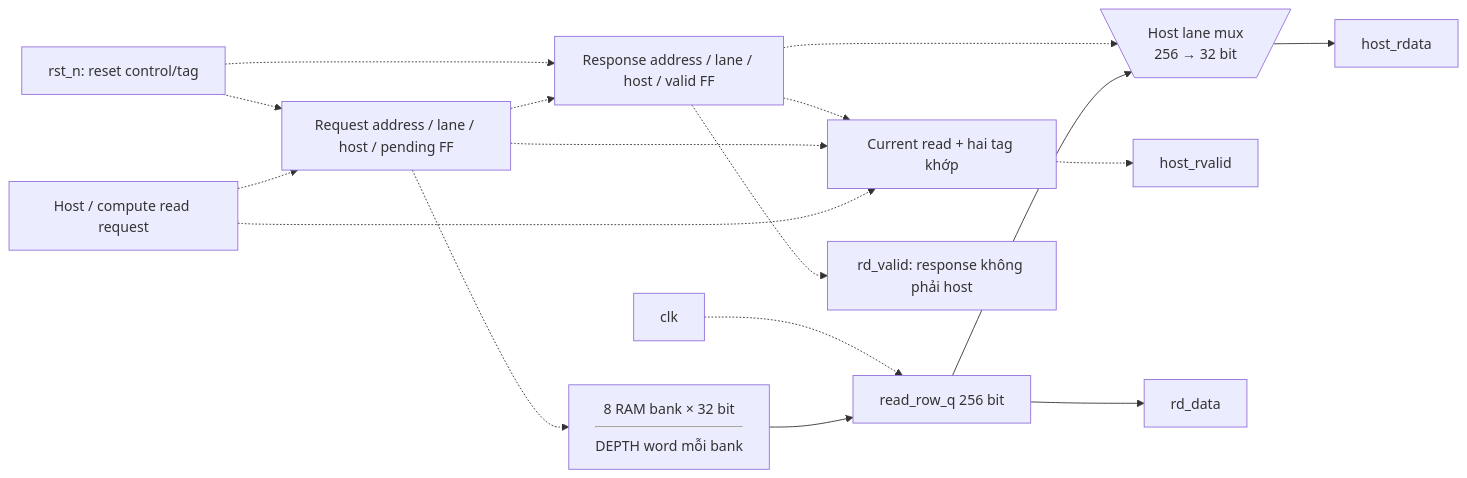
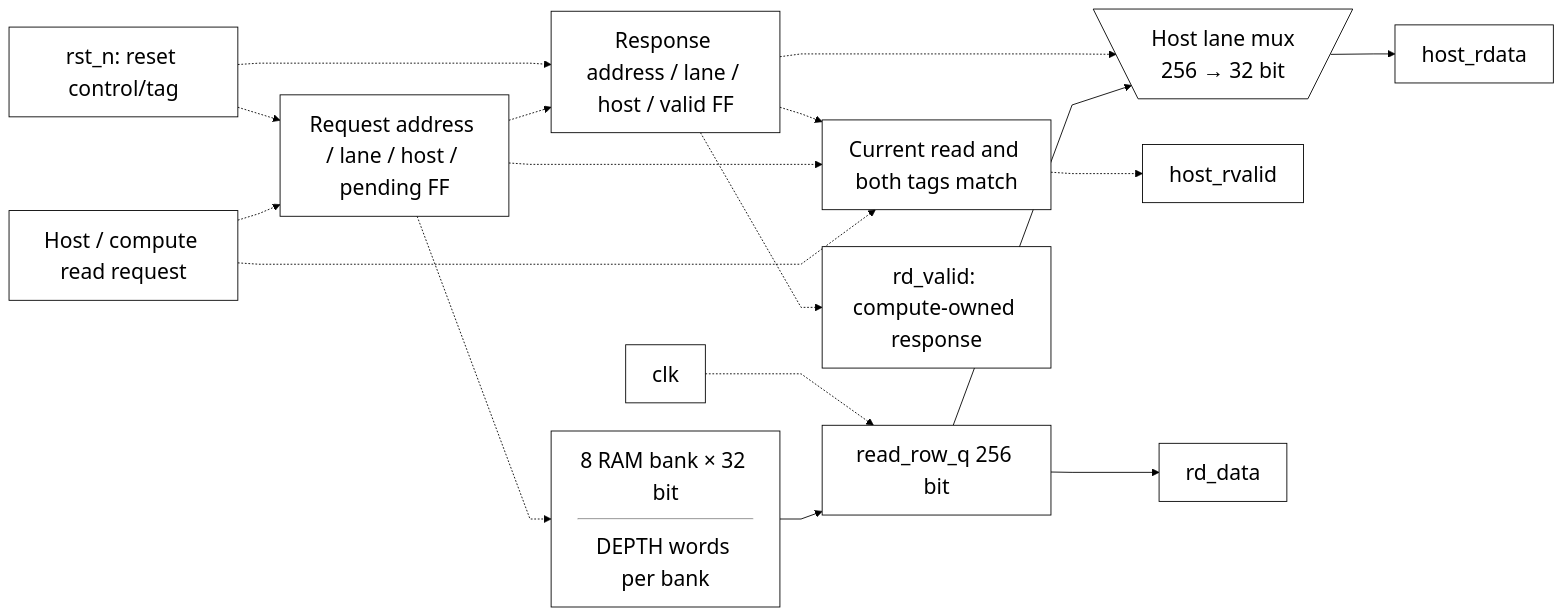
The second of 2 diagrams in docs/source_guide/blocks/sram_256_wrapper.sv.md (nguyennhutkhanhtom/NPU), drawn with Mermaid before and after one commit. The commit also changed other lines of this file and 102 other files, not shown here.

First line of the commit message:
docs: refresh guides and source-grounded RTL diagrams

````diff
--- a/docs/source_guide/blocks/sram_256_wrapper.sv.md
+++ b/docs/source_guide/blocks/sram_256_wrapper.sv.md
@@ -213,19 +216,22 @@
 ```mermaid
+%%{init: {"theme":"base","fontFamily":"Arial, sans-serif","themeVariables":{"fontSize":"24px","primaryColor":"#ffffff","primaryTextColor":"#000000","primaryBorderColor":"#000000","secondaryColor":"#ffffff","tertiaryColor":"#ffffff","lineColor":"#000000","textColor":"#000000","mainBkg":"#ffffff","nodeBorder":"#000000","clusterBkg":"#ffffff","clusterBorder":"#000000","edgeLabelBackground":"#ffffff"},"flowchart":{"htmlLabels":true,"useMaxWidth":false,"nodeSpacing":32,"rankSpacing":48,"curve":"linear","subGraphTitleMargin":{"top":16,"bottom":30}}}}%%
 flowchart LR
     IN["Host / compute read request"] -.-> REQ["Request address / lane / host / pending FF"]
-    REQ -.-> RAM@{ shape: rect, label: "8 RAM bank × 32 bit<hr/>DEPTH word mỗi bank" }
+    REQ -.-> RAM@{ shape: rect, label: "8 RAM bank × 32 bit<hr/>DEPTH words per bank" }
     RAM --> DATA["read_row_q 256 bit"]
     REQ -.-> TAG["Response address / lane / host / valid FF"]
     DATA --> HM@{ shape: trap-t, label: "Host lane mux<br/>256 → 32 bit" }
     TAG -.-> HM
     HM --> H["host_rdata"]
-    IN -.-> VALID["Current read + hai tag khớp"]
+    IN -.-> VALID["Current read and both tags match"]
     REQ -.-> VALID
     TAG -.-> VALID
     VALID -.-> HV["host_rvalid"]
-    TAG -.-> CV["rd_valid: response không phải host"]
+    TAG -.-> CV["rd_valid: compute-owned response"]
     DATA --> C["rd_data"]
     RESET["rst_n: reset control/tag"] -.-> REQ
     RESET -.-> TAG
     CLK["clk"] -.-> DATA
+    classDef default fill:white,stroke:black,color:black,font-size:24px;
+    linkStyle default stroke:black,color:black;
 ```
````
